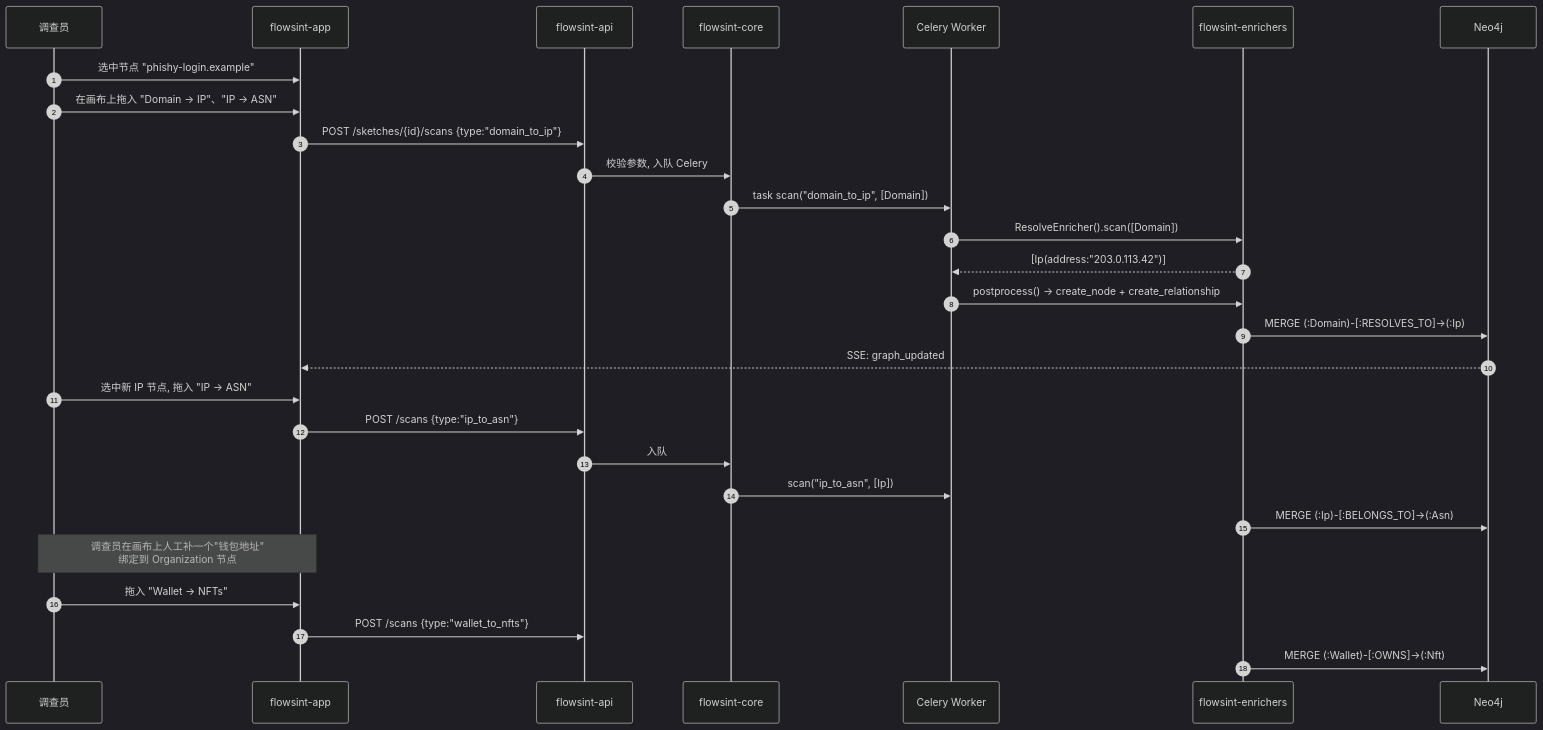
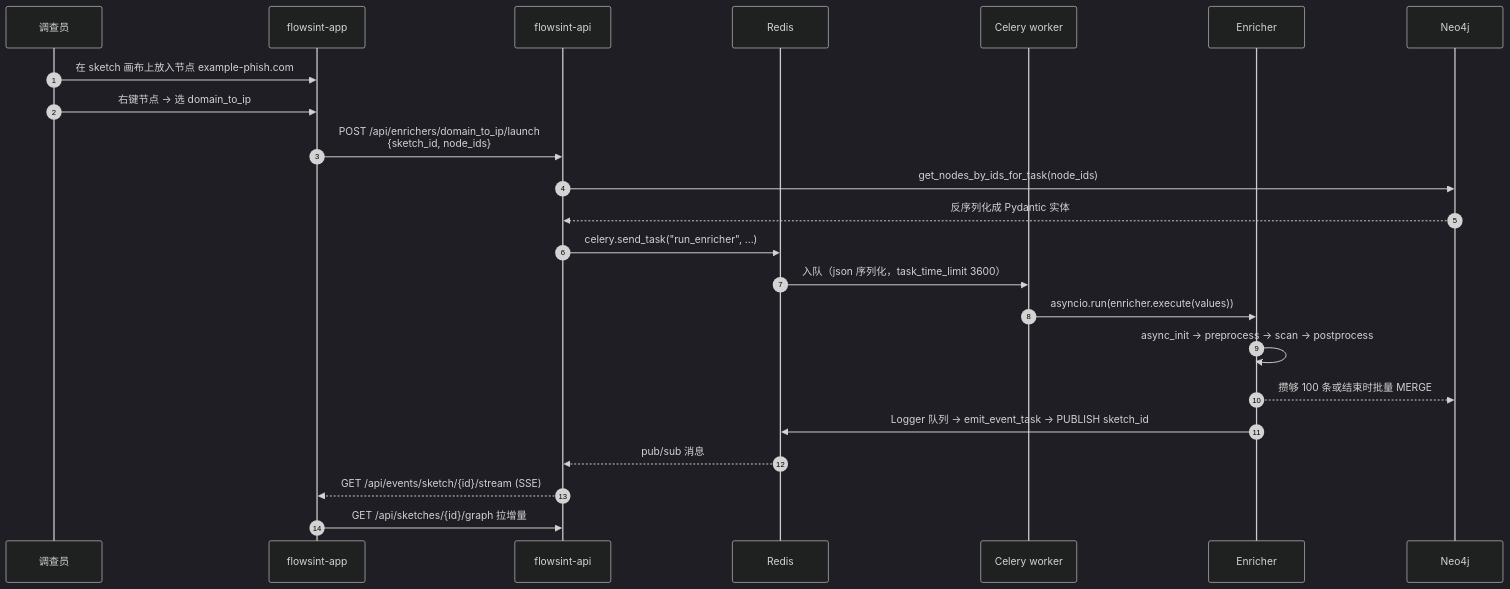
The second of 2 diagrams in content/posts/tech/reconurge-flowsint-graph-osint-guide.md (A1pha3/text-matrix), drawn with Mermaid (dark theme) before and after one commit. The commit also changed other lines of this file and 68 other files, not shown here.

````diff
--- a/content/posts/tech/reconurge-flowsint-graph-osint-guide.md
+++ b/content/posts/tech/reconurge-flowsint-graph-osint-guide.md
@@ -184,31 +246,26 @@
 ```mermaid
 sequenceDiagram
     autonumber
     participant U as 调查员
     participant FE as flowsint-app
     participant API as flowsint-api
-    participant ORCH as flowsint-core
-    participant CEL as Celery Worker
-    participant ENR as flowsint-enrichers
-    participant N4J as Neo4j
+    participant BR as Redis
+    participant W as Celery worker
+    participant E as Enricher
+    participant N as Neo4j
 
-    U->>FE: 选中节点 "phishy-login.example"
-    U->>FE: 在画布上拖入 "Domain → IP"、"IP → ASN"
-    FE->>API: POST /sketches/{id}/scans {type:"domain_to_ip"}
-    API->>ORCH: 校验参数, 入队 Celery
-    ORCH->>CEL: task scan("domain_to_ip", [Domain])
-    CEL->>ENR: ResolveEnricher().scan([Domain])
-    ENR-->>CEL: [Ip(address:"203.0.113.42")]
-    CEL->>ENR: postprocess() → create_node + create_relationship
-    ENR->>N4J: MERGE (:Domain)-[:RESOLVES_TO]->(:Ip)
-    N4J-->>FE: SSE: graph_updated
-    U->>FE: 选中新 IP 节点, 拖入 "IP → ASN"
-    FE->>API: POST /scans {type:"ip_to_asn"}
-    API->>ORCH: 入队
-    ORCH->>CEL: scan("ip_to_asn", [Ip])
-    ENR->>N4J: MERGE (:Ip)-[:BELONGS_TO]->(:Asn)
-    Note over U,FE: 调查员在画布上人工补一个"钱包地址"<br/>绑定到 Organization 节点
-    U->>FE: 拖入 "Wallet → NFTs"
-    FE->>API: POST /scans {type:"wallet_to_nfts"}
-    ENR->>N4J: MERGE (:Wallet)-[:OWNS]->(:Nft)
+    U->>FE: 在 sketch 画布上放入节点 example-phish.com
+    U->>FE: 右键节点 → 选 domain_to_ip
+    FE->>API: POST /api/enrichers/domain_to_ip/launch<br/>{sketch_id, node_ids}
+    API->>N: get_nodes_by_ids_for_task(node_ids)
+    N-->>API: 反序列化成 Pydantic 实体
+    API->>BR: celery.send_task("run_enricher", ...)
+    BR->>W: 入队（json 序列化，task_time_limit 3600）
+    W->>E: asyncio.run(enricher.execute(values))
+    E->>E: async_init → preprocess → scan → postprocess
+    E-->>N: 攒够 100 条或结束时批量 MERGE
+    E->>BR: Logger 队列 → emit_event_task → PUBLISH sketch_id
+    BR-->>API: pub/sub 消息
+    API-->>FE: GET /api/events/sketch/{id}/stream (SSE)
+    FE->>API: GET /api/sketches/{id}/graph 拉增量
 ```
````
